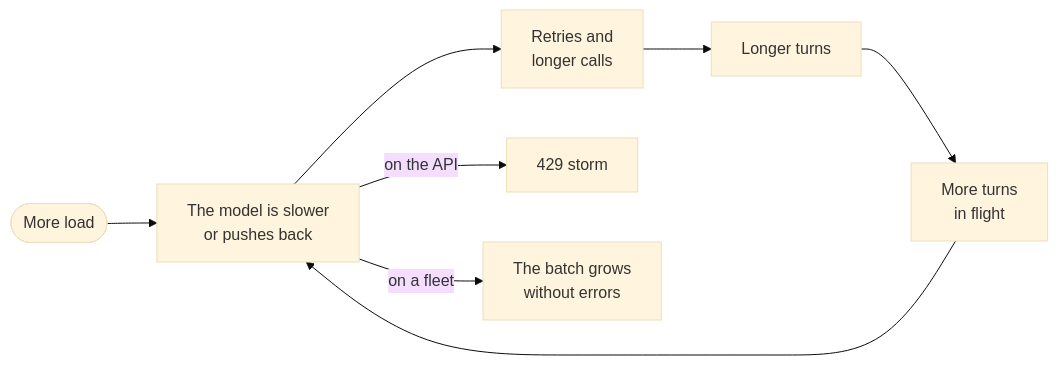
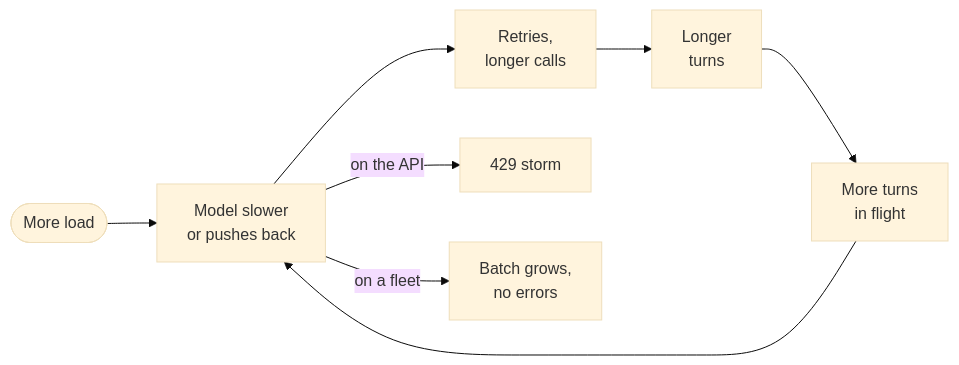
Before and after one commit to aniryou/full-stack-agentic-engineer: the first of 3 diagrams in 06-gateway/scaling-admission-cost/agentic-scaling-lab/docs/mistral/01-scaling-primer.md, drawn with Mermaid (base theme). The commit also changed other lines of this file and 211 other files, not shown here.

````diff
--- a/06-gateway/scaling-admission-cost/agentic-scaling-lab/docs/mistral/01-scaling-primer.md
+++ b/06-gateway/scaling-admission-cost/agentic-scaling-lab/docs/mistral/01-scaling-primer.md
@@ -123,10 +123,11 @@
 ```mermaid
 flowchart LR
-  A([More load]) --> B[The model is slower<br/>or pushes back]
-  B --> C[Retries and<br/>longer calls]
-  C --> D[Longer turns]
+  accTitle: More load makes the model slower, which gives retries, longer turns and more turns in flight, and these make the model slower again.
+  A([More load]) --> B["Model slower<br/>or pushes back"]
+  B --> C["Retries,<br/>longer calls"]
+  C --> D[Longer<br/>turns]
   D --> E[More turns<br/>in flight]
   E --> B
   B -- on the API --> F[429 storm]
-  B -- on a fleet --> G[The batch grows<br/>without errors]
+  B -- on a fleet --> G["Batch grows,<br/>no errors"]
 ```
````
